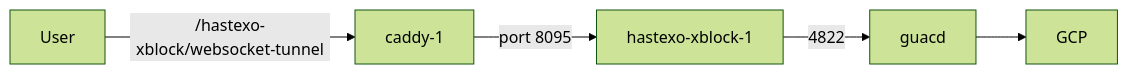
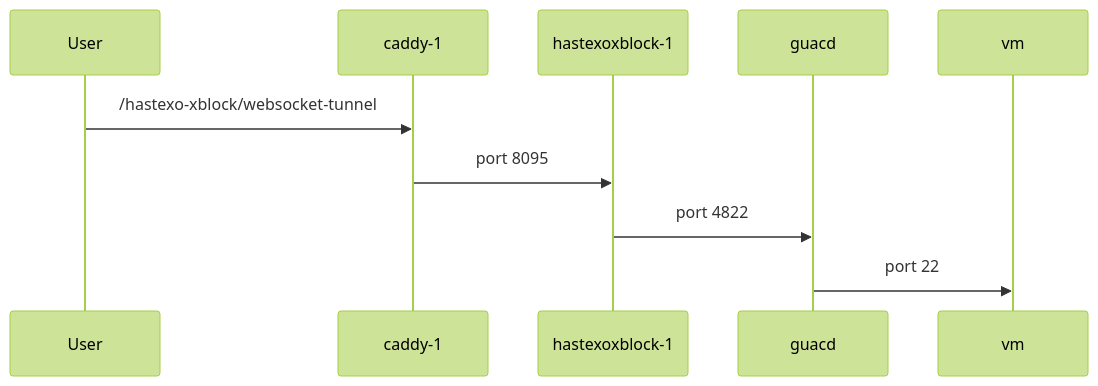
The second of 2 diagrams in README.md (JasonL888/hastexo-xblock), drawn with Mermaid (forest theme) before and after one commit. The commit also changed other lines of this file, not shown here.

````diff
--- a/README.md
+++ b/README.md
@@ -87,4 +87,7 @@
 ```mermaid
-graph LR
-	User -- /hastexo-xblock/websocket-tunnel --> caddy-1 -- port 8095 --> hastexo-xblock-1 -- 4822 --> guacd --> GCP
+sequenceDiagram
+	User->>caddy-1: /hastexo-xblock/websocket-tunnel 
+	caddy-1->>hastexoxblock-1: port 8095
+	hastexoxblock-1->>guacd: port 4822
+	guacd->>vm: port 22
 ```
````
